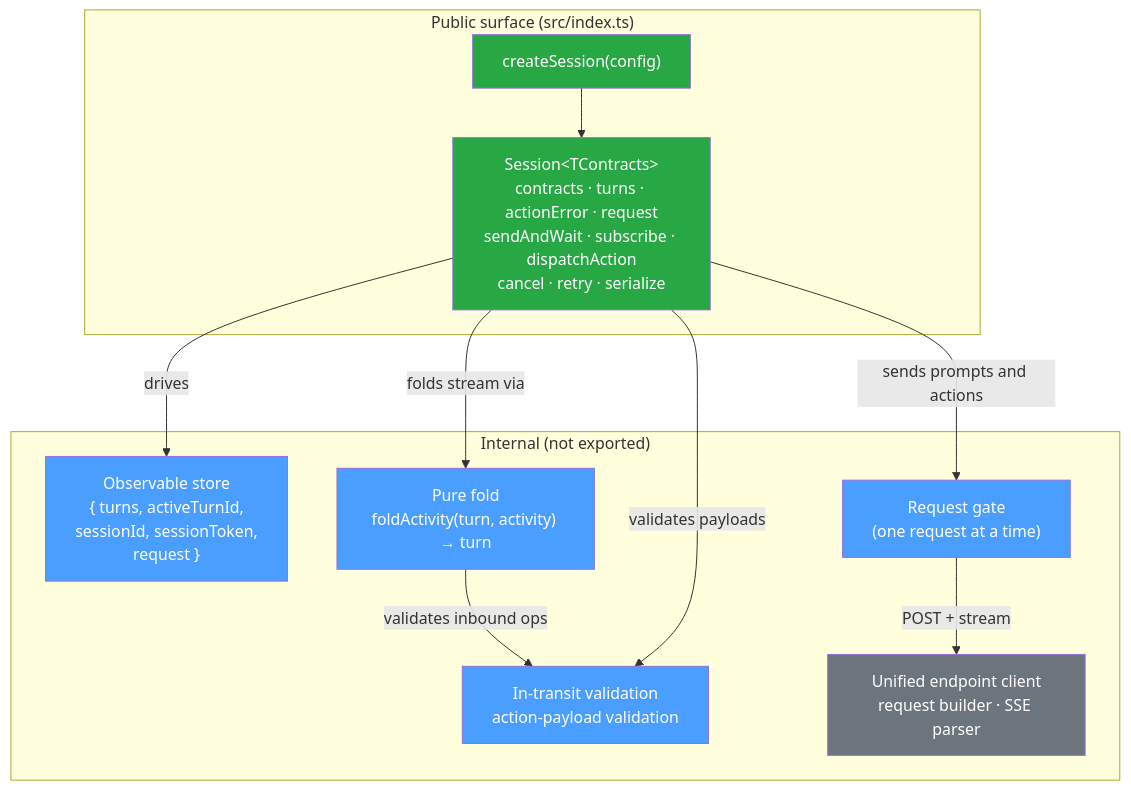
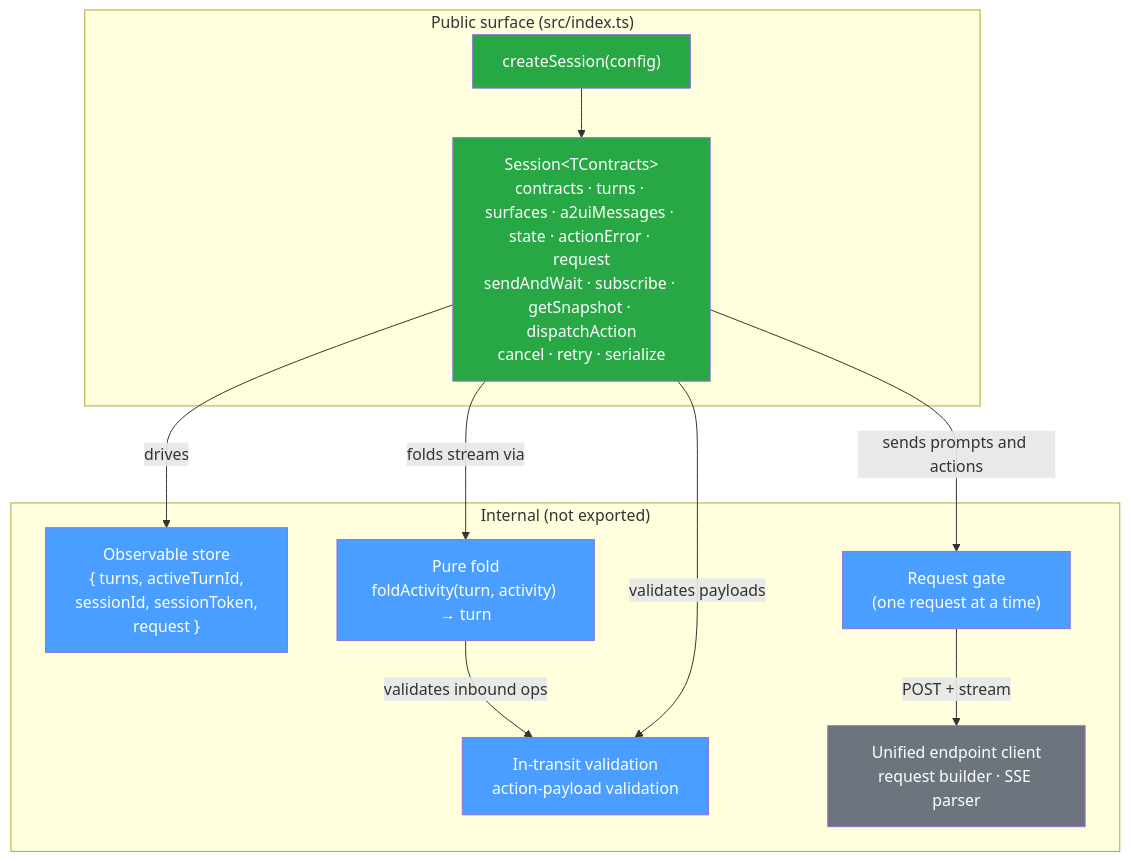
The first of 2 diagrams in packages/thermidor/docs/architecture.md (coveo/ui-kit), drawn with Mermaid before and after one commit. The commit also changed other lines of this file and 14 other files, not shown here.

First line of the commit message:
feat(thermidor): expose the session state as one stable snapshot j:KIT-6435

````diff
--- a/packages/thermidor/docs/architecture.md
+++ b/packages/thermidor/docs/architecture.md
@@ -17,31 +17,31 @@
 ```mermaid
 graph TB
     subgraph "Public surface (src/index.ts)"
         CS["createSession(config)"]
-        SESSION["Session&lt;TContracts&gt;<br/>contracts · turns · actionError · request<br/>sendAndWait · subscribe · dispatchAction<br/>cancel · retry · serialize"]
+        SESSION["Session&lt;TContracts&gt;<br/>contracts · turns · surfaces · a2uiMessages · state · actionError · request<br/>sendAndWait · subscribe · getSnapshot · dispatchAction<br/>cancel · retry · serialize"]
     end
 
     subgraph "Internal (not exported)"
         STORE["Observable store<br/>{ turns, activeTurnId,<br/>sessionId, sessionToken,<br/>request }"]
         FOLD["Pure fold<br/>foldActivity(turn, activity) → turn"]
         VALID["In-transit validation<br/>action-payload validation"]
         GATE["Request gate<br/>(one request at a time)"]
         API["Unified endpoint client<br/>request builder · SSE parser"]
     end
 
     CS --> SESSION
     SESSION -->|drives| STORE
     SESSION -->|folds stream via| FOLD
     FOLD -->|validates inbound ops| VALID
     SESSION -->|validates payloads| VALID
     SESSION -->|sends prompts and actions| GATE
     GATE -->|POST + stream| API
 
     style CS fill:#28a745,color:#fff
     style SESSION fill:#28a745,color:#fff
     style STORE fill:#4a9eff,color:#fff
     style FOLD fill:#4a9eff,color:#fff
     style VALID fill:#4a9eff,color:#fff
     style GATE fill:#4a9eff,color:#fff
     style API fill:#6c757d,color:#fff
 ```
````
